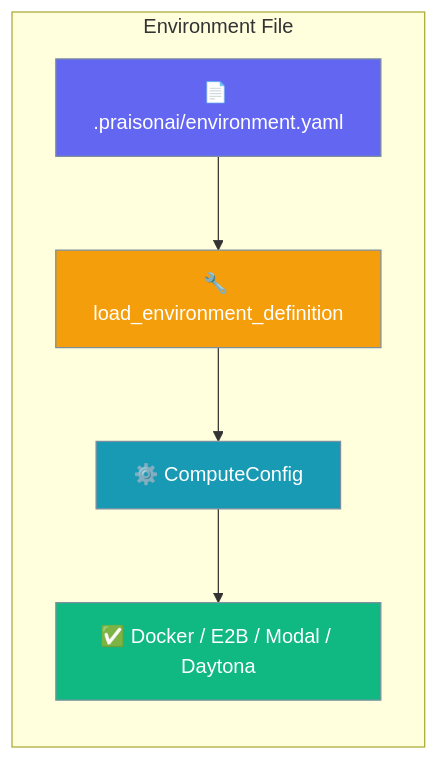
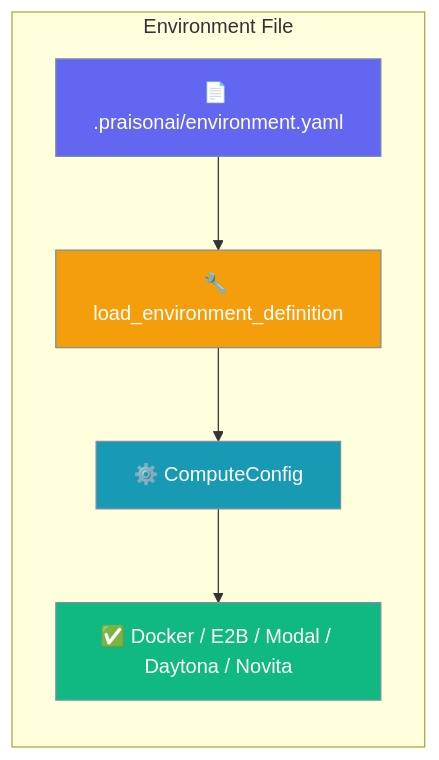
One commit to MervinPraison/PraisonAIDocs changed the first of 4 diagrams in docs/features/environment-yaml.mdx. Above: the diagram before and after it, drawn with Mermaid. The commit also changed other lines of this file and 9 other files, not shown here.

````diff
--- a/docs/features/environment-yaml.mdx
+++ b/docs/features/environment-yaml.mdx
@@ -10,18 +10,18 @@
 ```mermaid
 graph LR
     subgraph "Environment File"
         A[📄 .praisonai/environment.yaml] --> B[🔧 load_environment_definition]
         B --> C[⚙️ ComputeConfig]
-        C --> D[✅ Docker / E2B / Modal / Daytona]
+        C --> D[✅ Docker / E2B / Modal / Daytona / Novita]
     end
 
     classDef input fill:#6366F1,stroke:#7C90A0,color:#fff
     classDef process fill:#F59E0B,stroke:#7C90A0,color:#fff
     classDef config fill:#189AB4,stroke:#7C90A0,color:#fff
     classDef output fill:#10B981,stroke:#7C90A0,color:#fff
 
     class A input
     class B process
     class C config
     class D output
 ```
````
